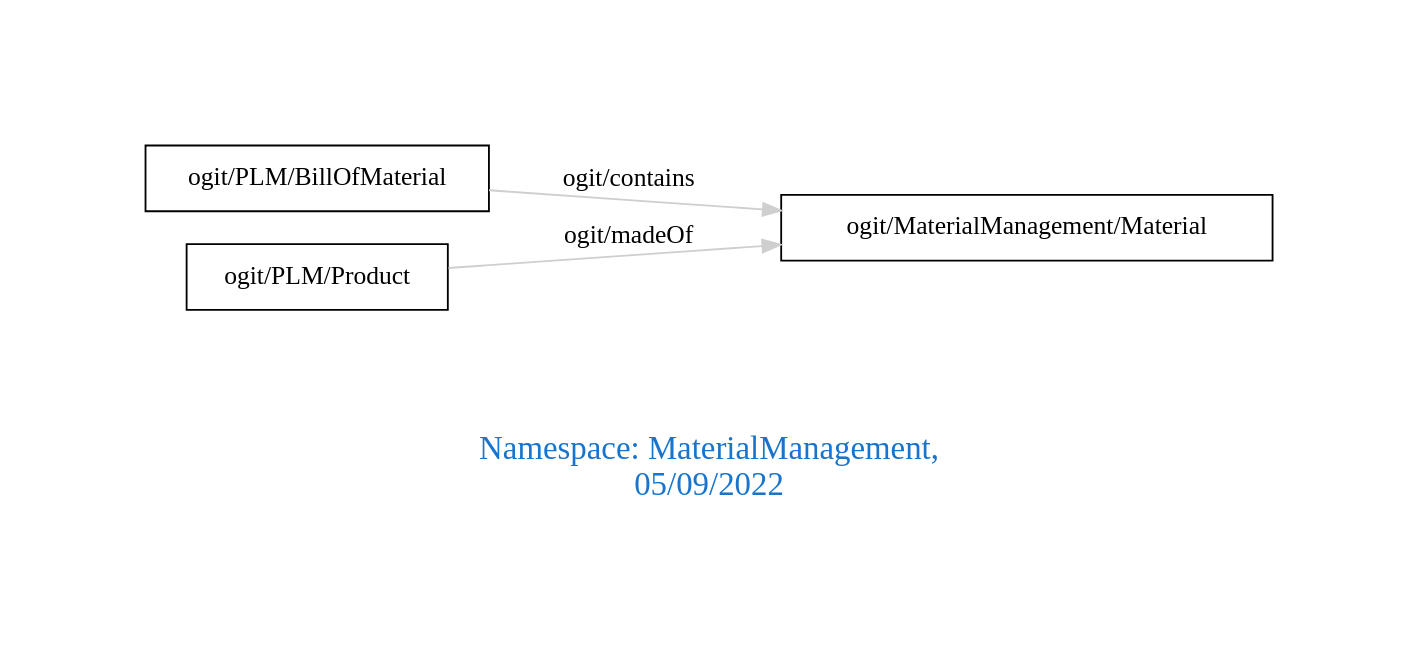
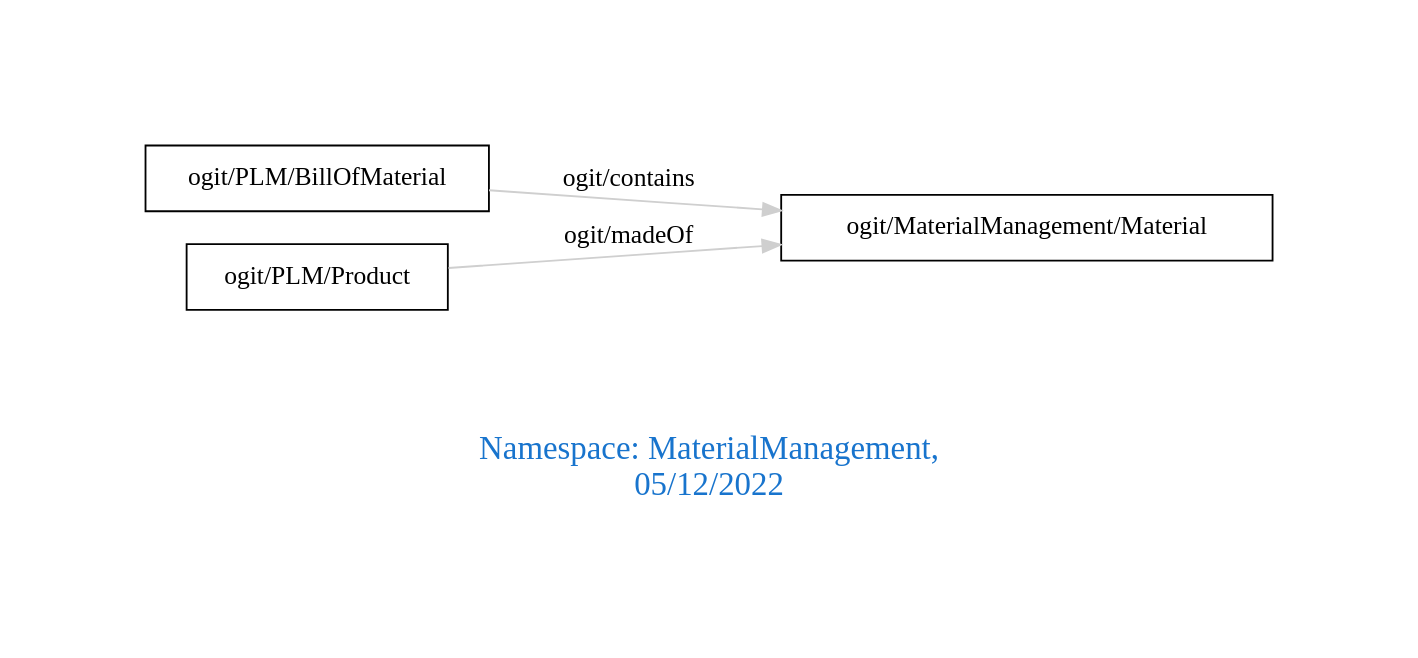
The diagram in downloads/MaterialManagement.dot (arago/OGIT), drawn with Graphviz before and after one commit. The commit also changed 1925 other files, not shown here.

```diff
--- a/downloads/MaterialManagement.dot
+++ b/downloads/MaterialManagement.dot
@@ -1,10 +1,10 @@
 digraph OGIT_ontology {
  graph [ rankdir= LR,pad=1 
 fontsize = 18,
-fontcolor= dodgerblue3,label = "\n\n\nNamespace: MaterialManagement, \n 05/09/2022"];
+fontcolor= dodgerblue3,label = "\n\n\nNamespace: MaterialManagement, \n 05/12/2022"];
 node[shape=polygon];
 edge [  color="gray81"];
 
    "ogit/PLM/BillOfMaterial" -> "ogit/MaterialManagement/Material" [label="   ogit/contains    "];
    "ogit/PLM/Product" -> "ogit/MaterialManagement/Material" [label="   ogit/madeOf    "];
 }
```
